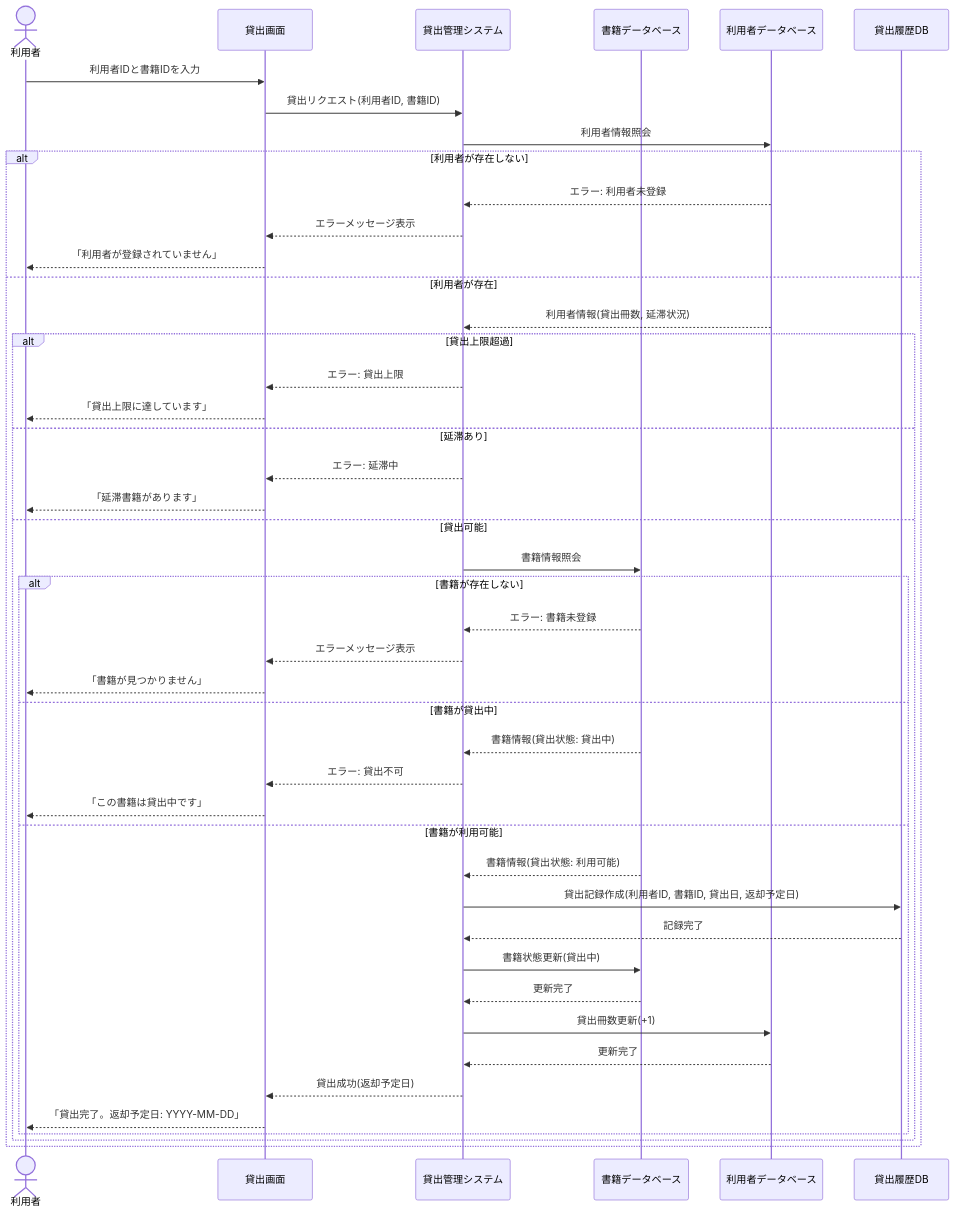
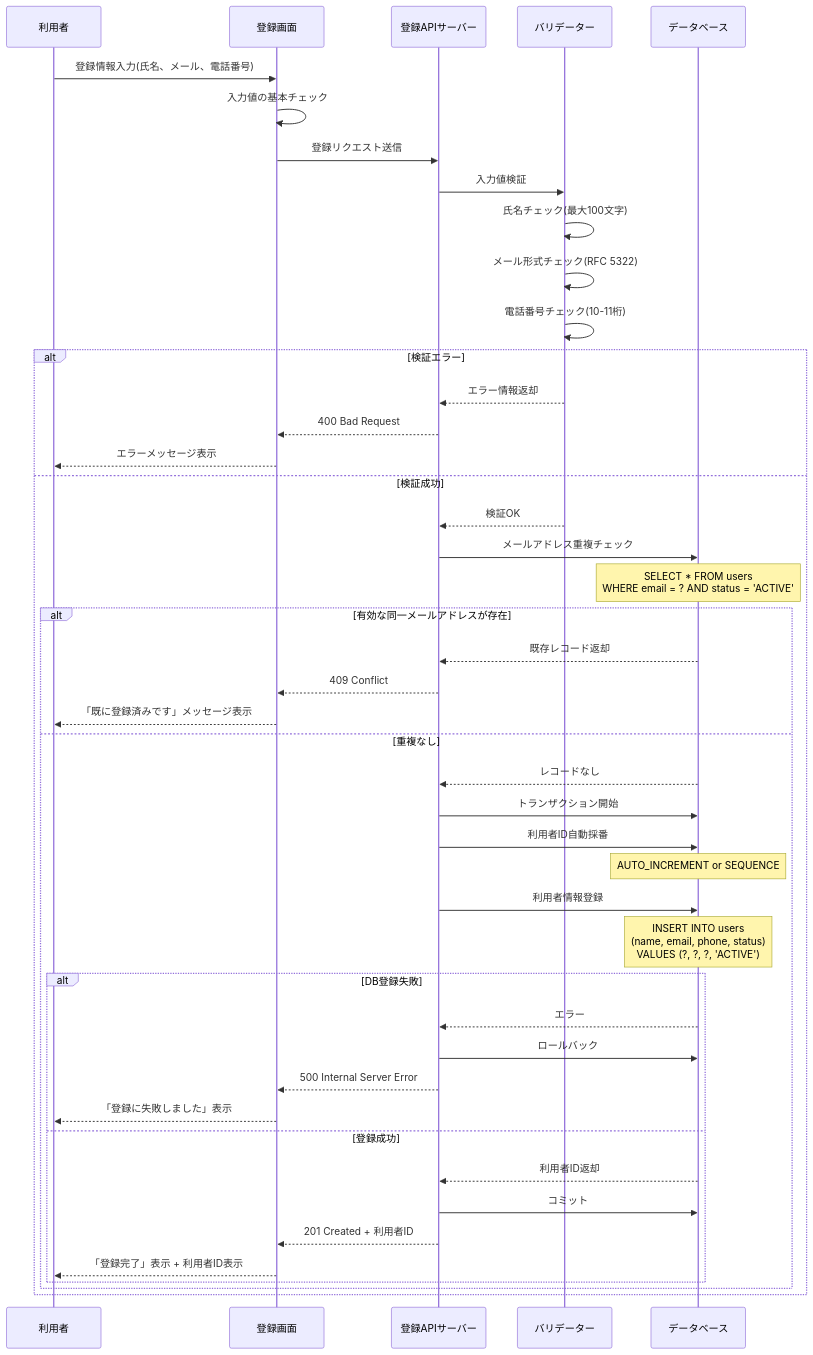
Before and after one commit to MahiroIkeda/sequence-chatbot_2: the diagram in docs/sequence.md, drawn with Mermaid. The commit also changed other lines of this file, not shown here.

Commit message:
docs: 仕様を更新 — シーケンス図を更新 (2026-05-12 21:27)

````diff
--- a/docs/sequence.md
+++ b/docs/sequence.md
@@ -8,59 +8,57 @@
 ```mermaid
 sequenceDiagram
-    actor 利用者
-    participant 貸出画面
-    participant 貸出管理システム
-    participant 書籍データベース
-    participant 利用者データベース
-    participant 貸出履歴DB
+    participant U as 利用者
+    participant UI as 登録画面
+    participant API as 登録APIサーバー
+    participant Valid as バリデーター
+    participant DB as データベース
 
-    利用者->>貸出画面: 利用者IDと書籍IDを入力
-    貸出画面->>貸出管理システム: 貸出リクエスト(利用者ID, 書籍ID)
+    U->>UI: 登録情報入力(氏名、メール、電話番号)
+    UI->>UI: 入力値の基本チェック
+    UI->>API: 登録リクエスト送信
     
-    貸出管理システム->>利用者データベース: 利用者情報照会
+    API->>Valid: 入力値検証
+    Valid->>Valid: 氏名チェック(最大100文字)
+    Valid->>Valid: メール形式チェック(RFC 5322)
+    Valid->>Valid: 電話番号チェック(10-11桁)
     
-    alt 利用者が存在しない
-        利用者データベース-->>貸出管理システム: エラー: 利用者未登録
-        貸出管理システム-->>貸出画面: エラーメッセージ表示
-        貸出画面-->>利用者: 「利用者が登録されていません」
-    else 利用者が存在
-        利用者データベース-->>貸出管理システム: 利用者情報(貸出冊数, 延滞状況)
+    alt 検証エラー
+        Valid-->>API: エラー情報返却
+        API-->>UI: 400 Bad Request
+        UI-->>U: エラーメッセージ表示
+    else 検証成功
+        Valid-->>API: 検証OK
         
-        alt 貸出上限超過
-            貸出管理システム-->>貸出画面: エラー: 貸出上限
-            貸出画面-->>利用者: 「貸出上限に達しています」
-        else 延滞あり
-            貸出管理システム-->>貸出画面: エラー: 延滞中
-            貸出画面-->>利用者: 「延滞書籍があります」
-        else 貸出可能
-            貸出管理システム->>書籍データベース: 書籍情報照会
+        API->>DB: メールアドレス重複チェック
+        Note over DB: SELECT * FROM users<br/>WHERE email = ? AND status = 'ACTIVE'
+        
+        alt 有効な同一メールアドレスが存在
+            DB-->>API: 既存レコード返却
+            API-->>UI: 409 Conflict
+            UI-->>U: 「既に登録済みです」メッセージ表示
+        else 重複なし
+            DB-->>API: レコードなし
             
-            alt 書籍が存在しない
-                書籍データベース-->>貸出管理システム: エラー: 書籍未登録
-                貸出管理システム-->>貸出画面: エラーメッセージ表示
-                貸出画面-->>利用者: 「書籍が見つかりません」
-            else 書籍が貸出中
-                書籍データベース-->>貸出管理システム: 書籍情報(貸出状態: 貸出中)
-                貸出管理システム-->>貸出画面: エラー: 貸出不可
-                貸出画面-->>利用者: 「この書籍は貸出中です」
-            else 書籍が利用可能
-                書籍データベース-->>貸出管理システム: 書籍情報(貸出状態: 利用可能)
-                
-                貸出管理システム->>貸出履歴DB: 貸出記録作成(利用者ID, 書籍ID, 貸出日, 返却予定日)
-                貸出履歴DB-->>貸出管理システム: 記録完了
-                
-                貸出管理システム->>書籍データベース: 書籍状態更新(貸出中)
-                書籍データベース-->>貸出管理システム: 更新完了
-                
-                貸出管理システム->>利用者データベース: 貸出冊数更新(+1)
-                利用者データベース-->>貸出管理システム: 更新完了
-                
-                貸出管理システム-->>貸出画面: 貸出成功(返却予定日)
-                貸出画面-->>利用者: 「貸出完了。返却予定日: YYYY-MM-DD」
+            API->>DB: トランザクション開始
+            API->>DB: 利用者ID自動採番
+            Note over DB: AUTO_INCREMENT or SEQUENCE
+            API->>DB: 利用者情報登録
+            Note over DB: INSERT INTO users<br/>(name, email, phone, status)<br/>VALUES (?, ?, ?, 'ACTIVE')
+            
+            alt DB登録失敗
+                DB-->>API: エラー
+                API->>DB: ロールバック
+                API-->>UI: 500 Internal Server Error
+                UI-->>U: 「登録に失敗しました」表示
+            else 登録成功
+                DB-->>API: 利用者ID返却
+                API->>DB: コミット
+                API-->>UI: 201 Created + 利用者ID
+                UI-->>U: 「登録完了」表示 + 利用者ID表示
             end
         end
     end
 
     %% 仕様参照: docs/specification.md
-    %% 生成日時: 2026-05-12 19:16
+    %% 生成日時: 2026-05-12 21:23
 ```
````
